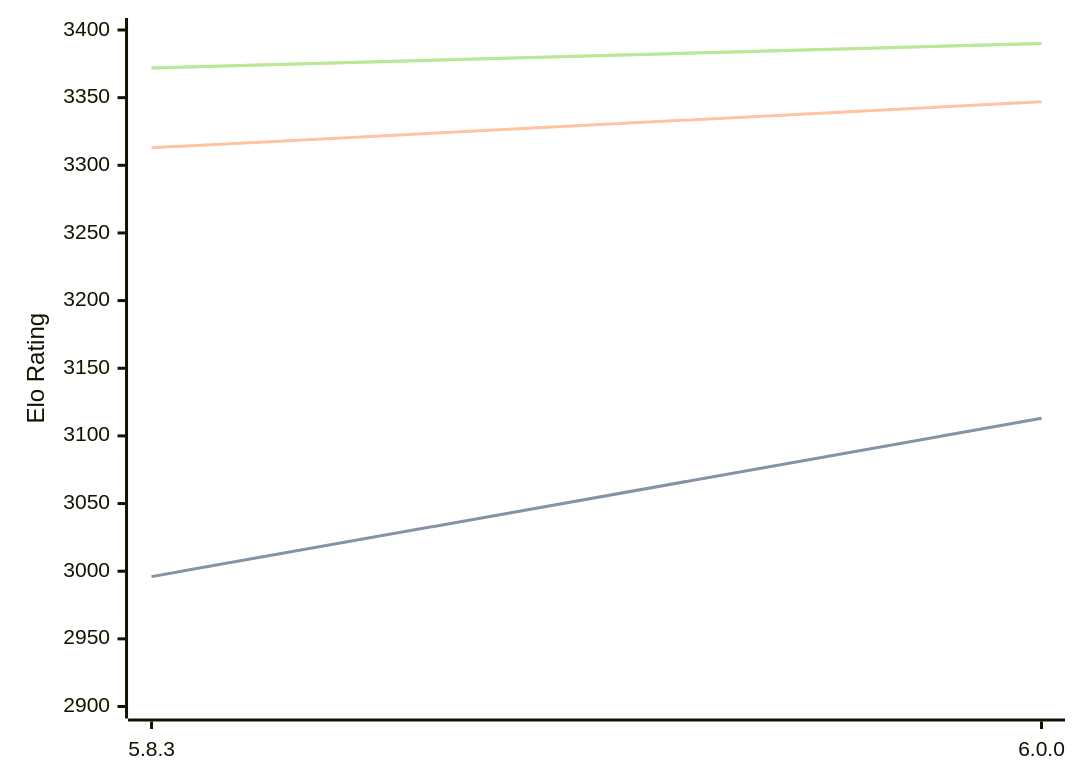
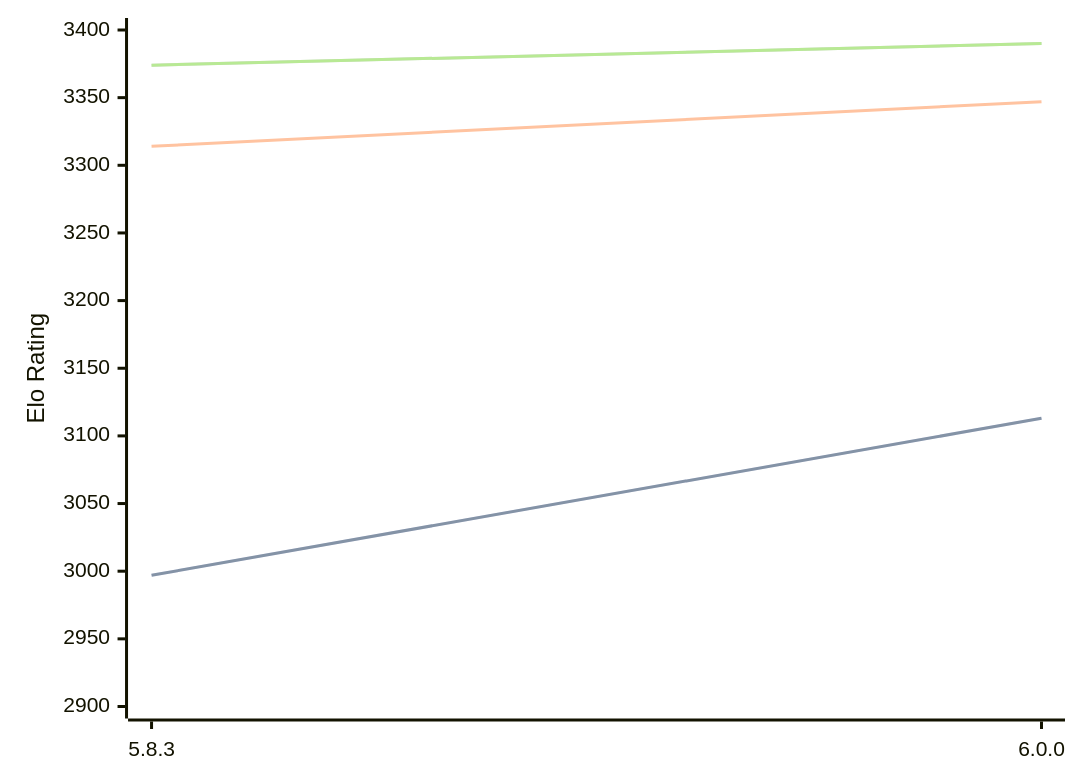
One commit to computer-chess-index/cci changed the diagram in engines/Zigqueen.md. Above: the diagram before and after it, drawn with Mermaid. The commit also changed other lines of this file, not shown here.

Commit message:
Update CCI Ratings (ELO VLTC) - 2026-08-25

````diff
--- a/engines/Zigqueen.md
+++ b/engines/Zigqueen.md
@@ -35,11 +35,11 @@
 ```mermaid
 %%{init: {"theme":"base","themeVariables":{"seriesColors:['#a3a3a3','#222221','#faa371']}}}%%
 xychart-beta
   x-axis ["5.8.3", "6.0.0"]
   y-axis "Elo Rating" 2900 --> 3400
-  line "STC (8.0+0.08s)" [2996, 3113]
-  line "STC (8.0+0.08s)" [2996, 3113]
-  line "LTC (60.0+0.60s)" [3313, 3347]
-  line "VLTC (2m24s+1.12s)" [3372, 3390]
-  line "VLTC (2m24s+1.12s)" [3372, 3390]
+  line "STC (8.0+0.08s)" [2997, 3113]
+  line "STC (8.0+0.08s)" [2997, 3113]
+  line "LTC (60.0+0.60s)" [3314, 3347]
+  line "VLTC (2m24s+1.12s)" [3374, 3390]
+  line "VLTC (2m24s+1.12s)" [3374, 3390]
 ```
````
